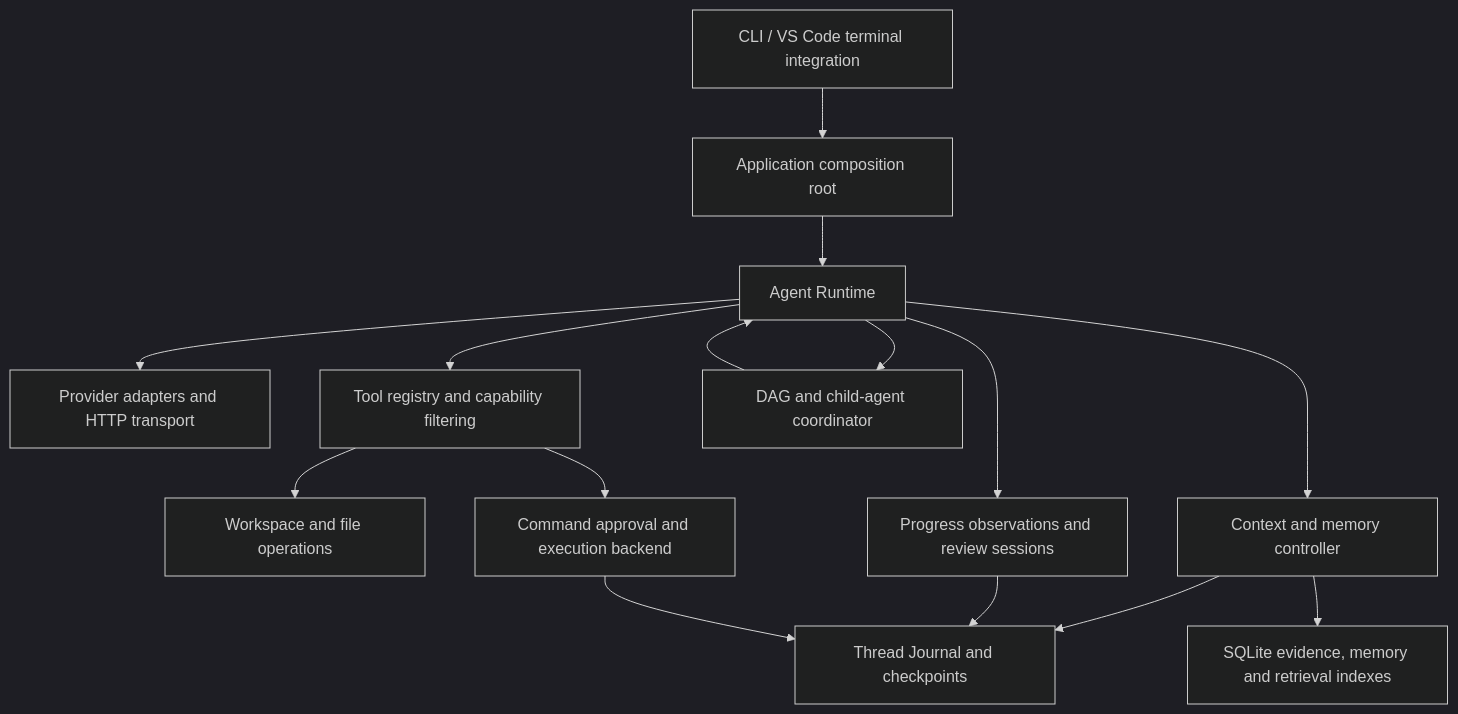
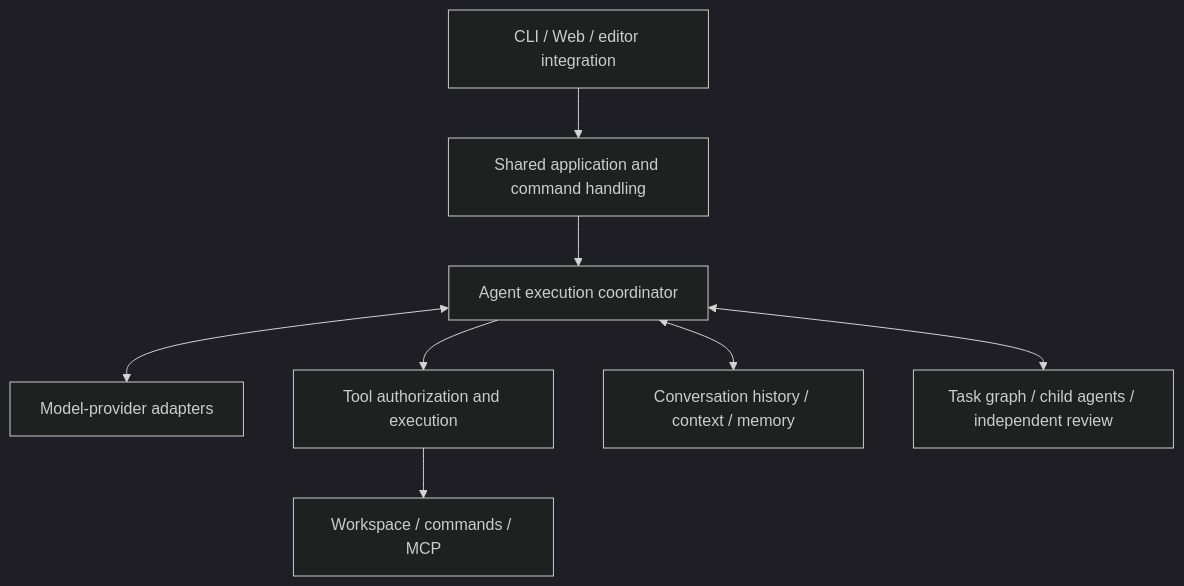
One commit to dd1000001000/EASY_CODE changed the diagram in docs/TECHNICAL_DESIGN.md. Above: the diagram before and after it, drawn with Mermaid (dark theme). The commit also changed other lines of this file and 3 other files, not shown here.

````diff
--- a/docs/TECHNICAL_DESIGN.md
+++ b/docs/TECHNICAL_DESIGN.md
@@ -13,17 +23,10 @@
 ```mermaid
 flowchart TD
-    U[CLI / VS Code terminal integration] --> A[Application composition root]
-    A --> R[Agent Runtime]
-    R --> P[Provider adapters and HTTP transport]
-    R --> T[Tool registry and capability filtering]
-    T --> F[Workspace and file operations]
-    T --> C[Command approval and execution backend]
-    R --> M[Context and memory controller]
-    M --> J[Thread Journal and checkpoints]
-    M --> DB[SQLite evidence, memory and retrieval indexes]
-    R --> O[DAG and child-agent coordinator]
-    O --> R
-    R --> G[Progress observations and review sessions]
-    G --> J
-    C --> J
+    UI[CLI / Web / editor integration] --> APP[Shared application and command handling]
+    APP --> RUN[Agent execution coordinator]
+    RUN <--> MODEL[Model-provider adapters]
+    RUN --> TOOL[Tool authorization and execution]
+    TOOL --> WORK[Workspace / commands / MCP]
+    RUN <--> DATA[Conversation history / context / memory]
+    RUN <--> TEAM[Task graph / child agents / independent review]
 ```
````
